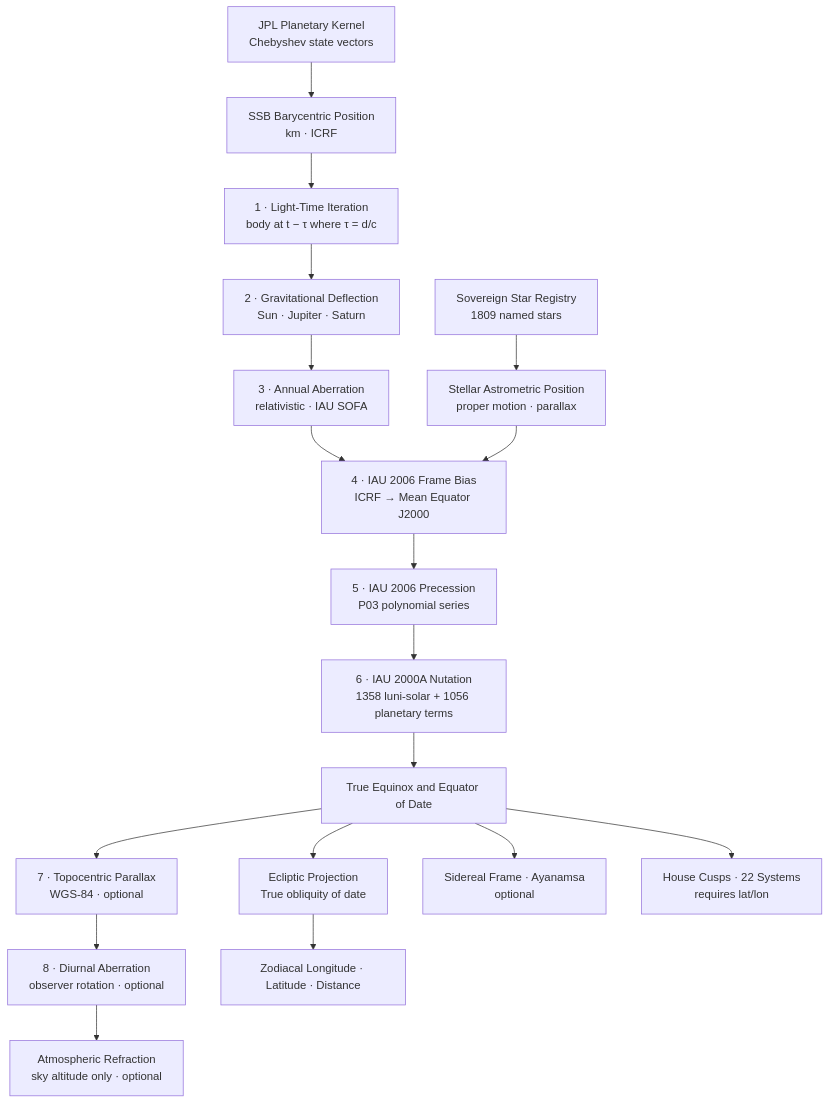
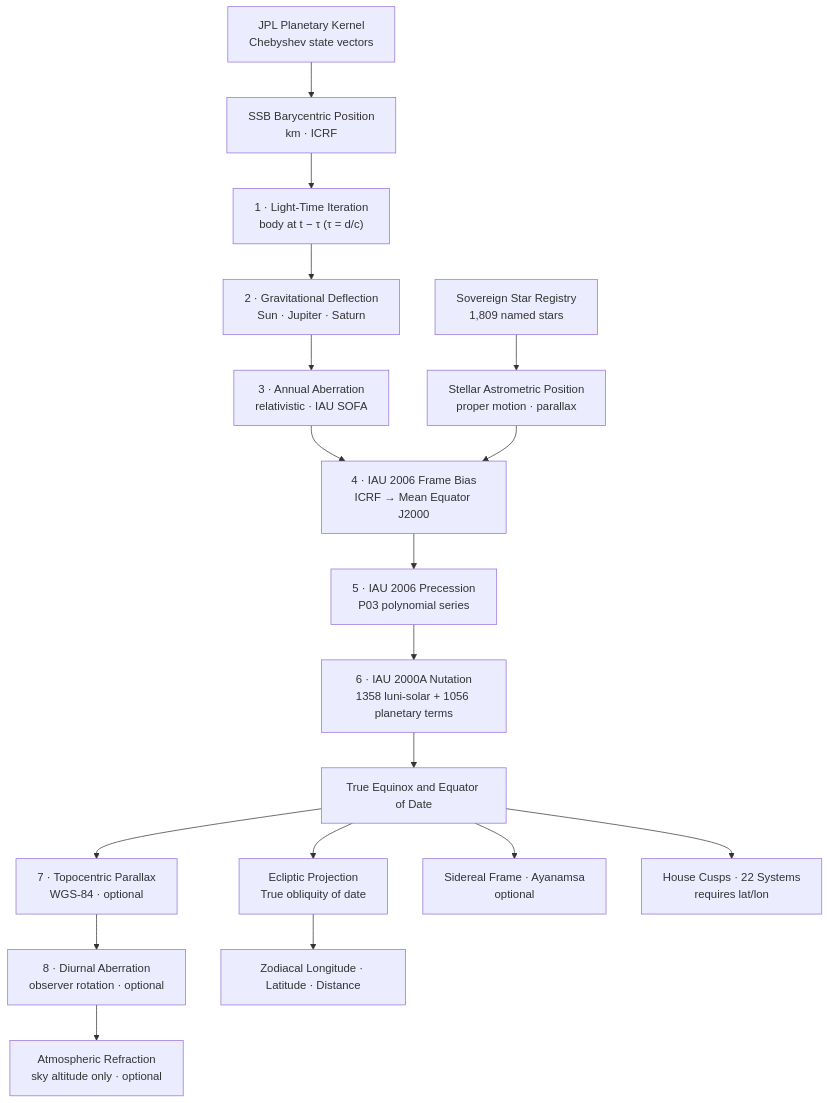
The diagram in README.md (TheDaniel166/moira), drawn with Mermaid before and after one commit. The commit also changed other lines of this file, not shown here.

Commit message:
docs(readme): overhaul README for Moira 6.10.0 and Light Box conformance

````diff
--- a/README.md
+++ b/README.md
@@ -602,20 +132,20 @@
 ```mermaid
-graph TD
-    A[JPL Planetary Kernel\nChebyshev state vectors] --> B[SSB Barycentric Position\nkm · ICRF]
-    C[Sovereign Star Registry\n1809 named stars] --> D[Stellar Astrometric Position\nproper motion · parallax]
-    B --> E[1 · Light-Time Iteration\nbody at t − τ  where τ = d/c]
-    E --> F[2 · Gravitational Deflection\nSun · Jupiter · Saturn]
-    F --> G[3 · Annual Aberration\nrelativistic · IAU SOFA]
-    G --> H[4 · IAU 2006 Frame Bias\nICRF → Mean Equator J2000]
+flowchart TD
+    A["JPL Planetary Kernel<br/>Chebyshev state vectors"] --> B["SSB Barycentric Position<br/>km · ICRF"]
+    C["Sovereign Star Registry<br/>1,809 named stars"] --> D["Stellar Astrometric Position<br/>proper motion · parallax"]
+    B --> E["1 · Light-Time Iteration<br/>body at t − τ  (τ = d/c)"]
+    E --> F["2 · Gravitational Deflection<br/>Sun · Jupiter · Saturn"]
+    F --> G["3 · Annual Aberration<br/>relativistic · IAU SOFA"]
+    G --> H["4 · IAU 2006 Frame Bias<br/>ICRF → Mean Equator J2000"]
     D --> H
-    H --> I[5 · IAU 2006 Precession\nP03 polynomial series]
-    I --> J[6 · IAU 2000A Nutation\n1358 luni-solar + 1056 planetary terms]
-    J --> K[True Equinox and Equator of Date]
-    K --> L[7 · Topocentric Parallax\nWGS-84 · optional]
-    L --> R[8 · Diurnal Aberration\nobserver rotation · optional]
-    R --> M[Atmospheric Refraction\nsky altitude only · optional]
-    K --> N[Ecliptic Projection\nTrue obliquity of date]
-    N --> O[Zodiacal Longitude · Latitude · Distance]
-    K --> P[Sidereal Frame · Ayanamsa\noptional]
-    K --> Q[House Cusps · 22 Systems\nrequires lat/lon]
+    H --> I["5 · IAU 2006 Precession<br/>P03 polynomial series"]
+    I --> J["6 · IAU 2000A Nutation<br/>1358 luni-solar + 1056 planetary terms"]
+    J --> K["True Equinox and Equator of Date"]
+    K --> L["7 · Topocentric Parallax<br/>WGS-84 · optional"]
+    K --> N["Ecliptic Projection<br/>True obliquity of date"]
+    L --> R["8 · Diurnal Aberration<br/>observer rotation · optional"]
+    R --> M["Atmospheric Refraction<br/>sky altitude only · optional"]
+    N --> O["Zodiacal Longitude · Latitude · Distance"]
+    K --> P["Sidereal Frame · Ayanamsa<br/>optional"]
+    K --> Q["House Cusps · 22 Systems<br/>requires lat/lon"]
 ```
````
